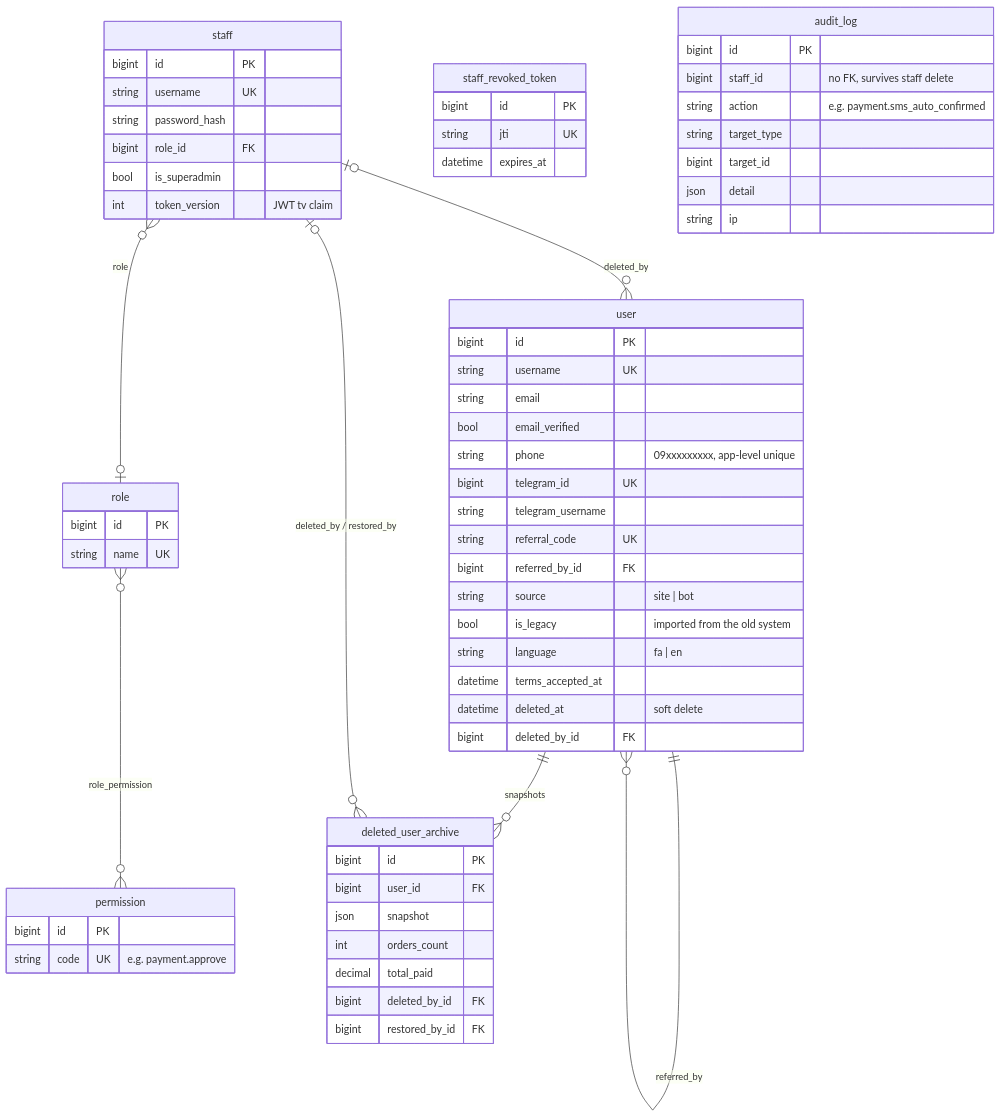
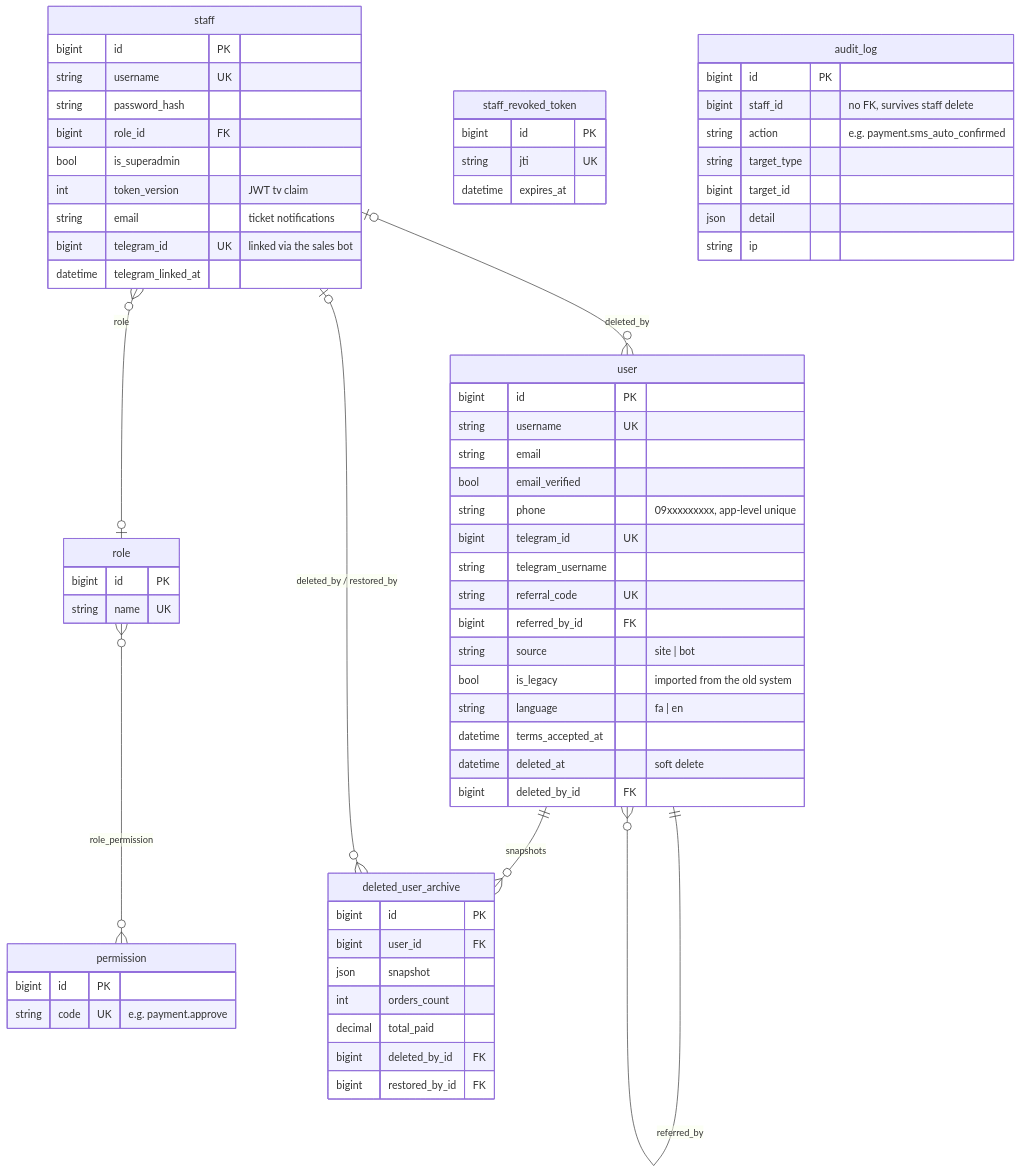
The first of 7 diagrams in docs/erd.md (santiyagoburcart/caspintunel), drawn with Mermaid before and after one commit. The commit also changed other lines of this file and 43 other files, not shown here.

````diff
--- a/docs/erd.md
+++ b/docs/erd.md
@@ -17,66 +17,69 @@
 ```mermaid
 erDiagram
     user ||--o{ user : "referred_by"
     staff }o--o| role : "role"
     role }o--o{ permission : "role_permission"
     user ||--o{ deleted_user_archive : "snapshots"
     staff |o--o{ deleted_user_archive : "deleted_by / restored_by"
     staff |o--o{ user : "deleted_by"
 
     user {
         bigint id PK
         string username UK
         string email
         bool email_verified
         string phone "09xxxxxxxxx, app-level unique"
         bigint telegram_id UK
         string telegram_username
         string referral_code UK
         bigint referred_by_id FK
         string source "site | bot"
         bool is_legacy "imported from the old system"
         string language "fa | en"
         datetime terms_accepted_at
         datetime deleted_at "soft delete"
         bigint deleted_by_id FK
     }
     staff {
         bigint id PK
         string username UK
         string password_hash
         bigint role_id FK
         bool is_superadmin
         int token_version "JWT tv claim"
+        string email "ticket notifications"
+        bigint telegram_id UK "linked via the sales bot"
+        datetime telegram_linked_at
     }
     role {
         bigint id PK
         string name UK
     }
     permission {
         bigint id PK
         string code UK "e.g. payment.approve"
     }
     staff_revoked_token {
         bigint id PK
         string jti UK
         datetime expires_at
     }
     deleted_user_archive {
         bigint id PK
         bigint user_id FK
         json snapshot
         int orders_count
         decimal total_paid
         bigint deleted_by_id FK
         bigint restored_by_id FK
     }
     audit_log {
         bigint id PK
         bigint staff_id "no FK, survives staff delete"
         string action "e.g. payment.sms_auto_confirmed"
         string target_type
         bigint target_id
         json detail
         string ip
     }
 ```
````
